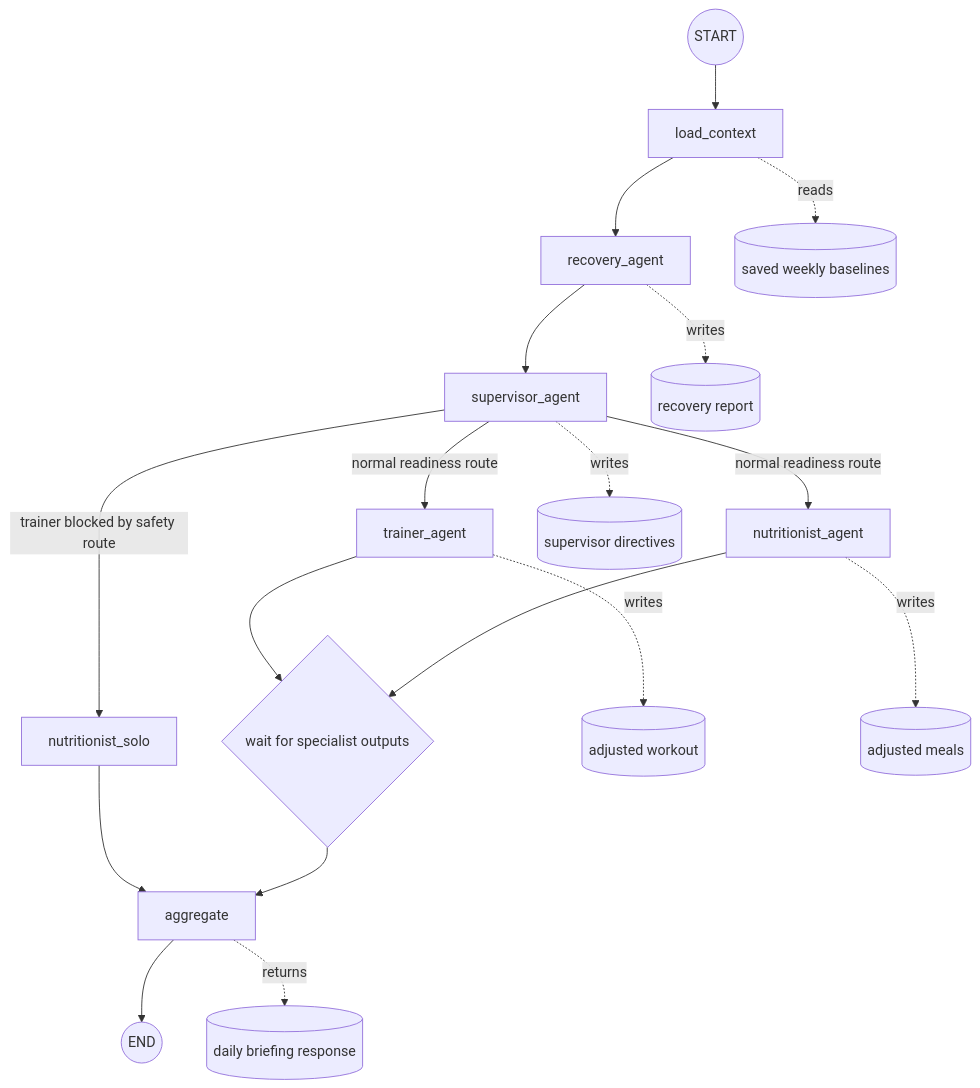
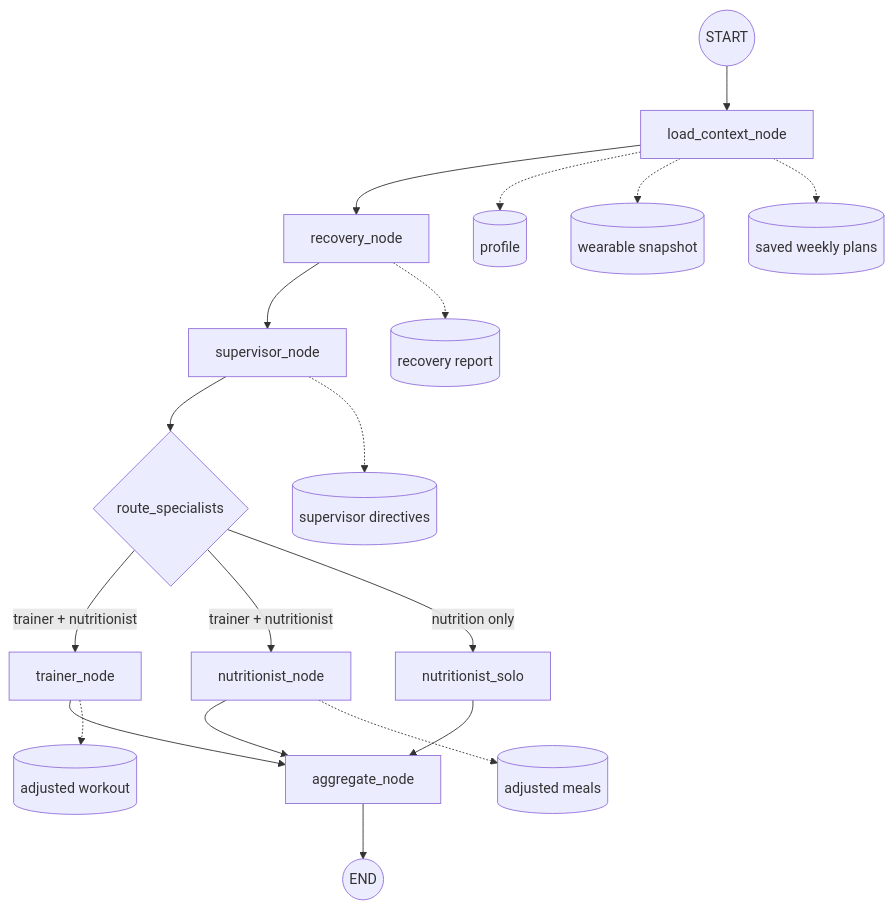
The diagram in README.md (georgiaapn/agentic-fitness-supervisor), drawn with Mermaid before and after one commit. The commit also changed other lines of this file, not shown here.

````diff
--- a/README.md
+++ b/README.md
@@ -45,24 +176,24 @@
 ```mermaid
 flowchart TD
-    Start((START)) --> LoadContext[load_context]
-    LoadContext --> Recovery[recovery_agent]
-    Recovery --> Supervisor[supervisor_agent]
+    Start((START)) --> LoadContext[load_context_node]
+    LoadContext --> Recovery[recovery_node]
+    Recovery --> Supervisor[supervisor_node]
 
-    Supervisor -->|normal readiness route| Trainer[trainer_agent]
-    Supervisor -->|normal readiness route| Nutritionist[nutritionist_agent]
-    Supervisor -->|trainer blocked by safety route| NutritionistSolo[nutritionist_solo]
+    Supervisor --> Route{route_specialists}
+    Route -->|trainer + nutritionist| Trainer[trainer_node]
+    Route -->|trainer + nutritionist| Nutritionist[nutritionist_node]
+    Route -->|nutrition only| NutritionSolo[nutritionist_solo]
 
-    Trainer --> Join{wait for specialist outputs}
-    Nutritionist --> Join
-    NutritionistSolo --> Aggregate[aggregate]
-
-    Join --> Aggregate
+    Trainer --> Aggregate[aggregate_node]
+    Nutritionist --> Aggregate
+    NutritionSolo --> Aggregate
     Aggregate --> End((END))
 
-    LoadContext -. reads .-> SavedPlans[(saved weekly baselines)]
-    Recovery -. writes .-> RecoveryReport[(recovery report)]
-    Supervisor -. writes .-> Directives[(supervisor directives)]
-    Trainer -. writes .-> WorkoutPlan[(adjusted workout)]
-    Nutritionist -. writes .-> NutritionPlan[(adjusted meals)]
-    Aggregate -. returns .-> Briefing[(daily briefing response)]
+    LoadContext -.-> Profile[(profile)]
+    LoadContext -.-> Wearable[(wearable snapshot)]
+    LoadContext -.-> Baselines[(saved weekly plans)]
+    Recovery -.-> RecoveryReport[(recovery report)]
+    Supervisor -.-> Directives[(supervisor directives)]
+    Trainer -.-> Workout[(adjusted workout)]
+    Nutritionist -.-> Nutrition[(adjusted meals)]
 ```
````
